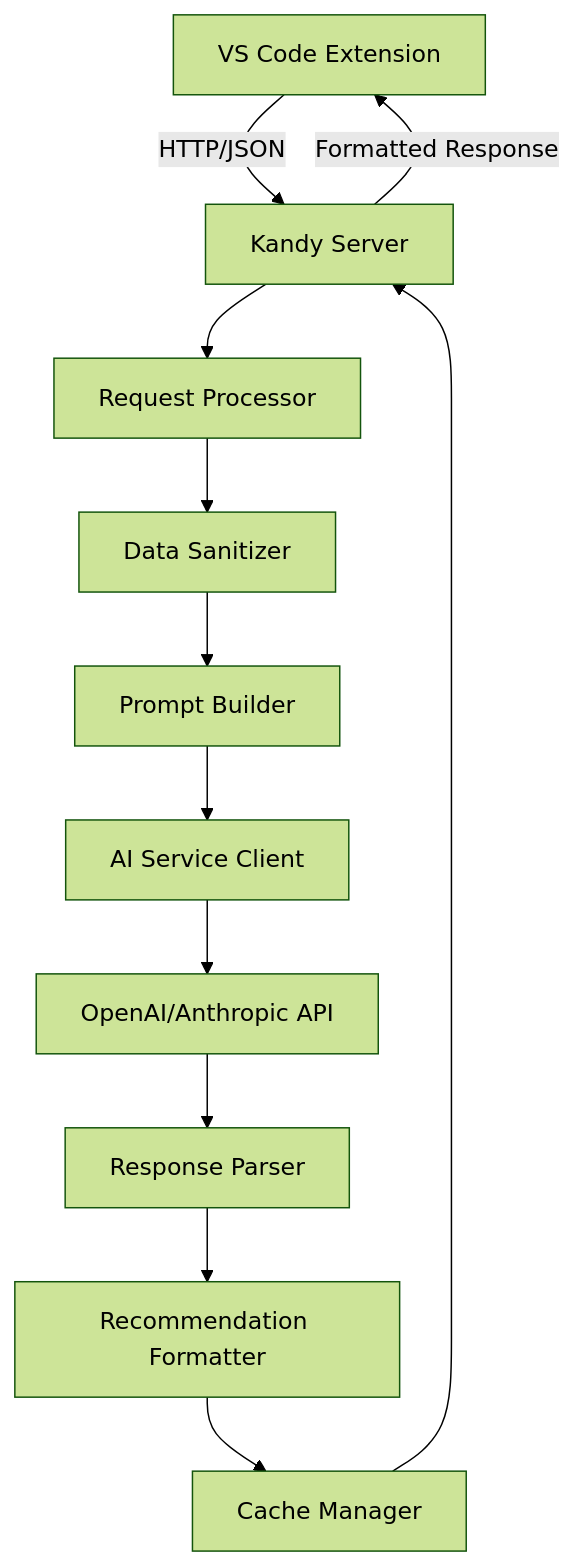
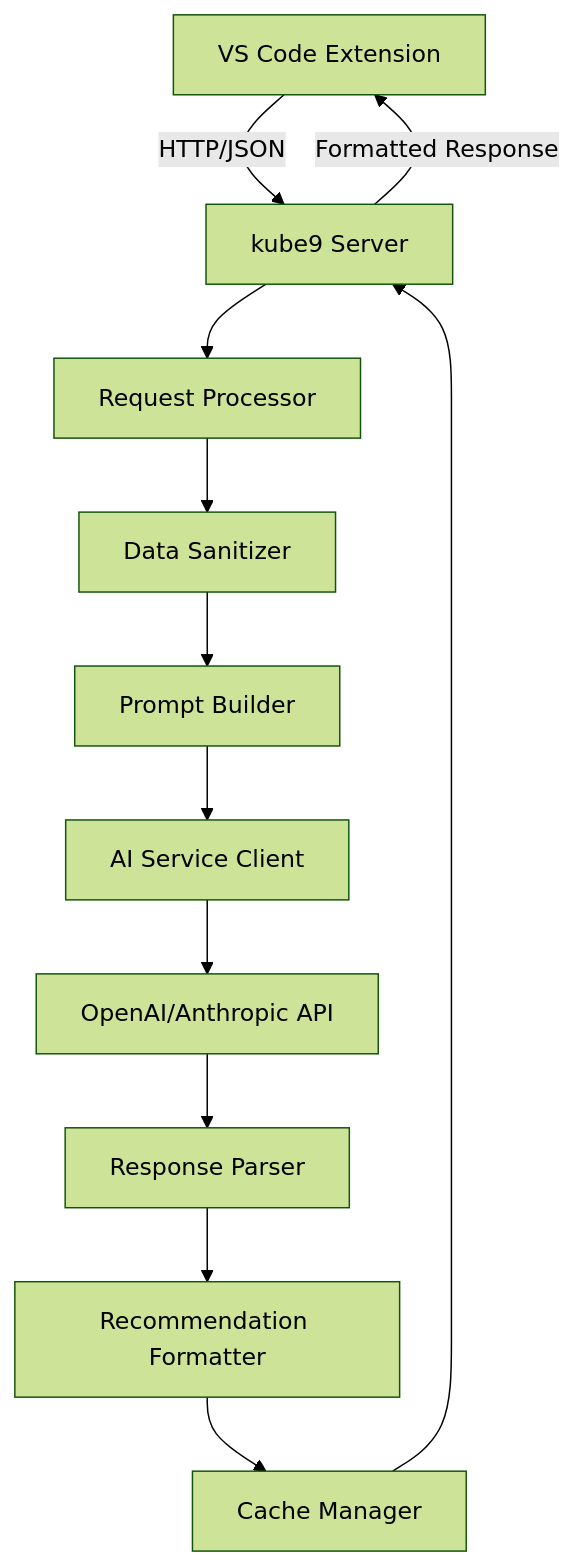
The first of 2 diagrams in ai/specs/ai/ai-service-spec.spec.md (alto9/kandy), drawn with Mermaid (forest theme) before and after one commit. The commit also changed 40 other files, not shown here.

````diff
--- a/ai/specs/ai/ai-service-spec.spec.md
+++ b/ai/specs/ai/ai-service-spec.spec.md
@@ -14,14 +14,14 @@
 ```mermaid
 graph TD
-    A[VS Code Extension] -->|HTTP/JSON| B[Kandy Server]
+    A[VS Code Extension] -->|HTTP/JSON| B[kube9 Server]
     B --> C[Request Processor]
     C --> D[Data Sanitizer]
     D --> E[Prompt Builder]
     E --> F[AI Service Client]
     F --> G[OpenAI/Anthropic API]
     G --> H[Response Parser]
     H --> I[Recommendation Formatter]
     I --> J[Cache Manager]
     J --> B
     B -->|Formatted Response| A
 ```
````
